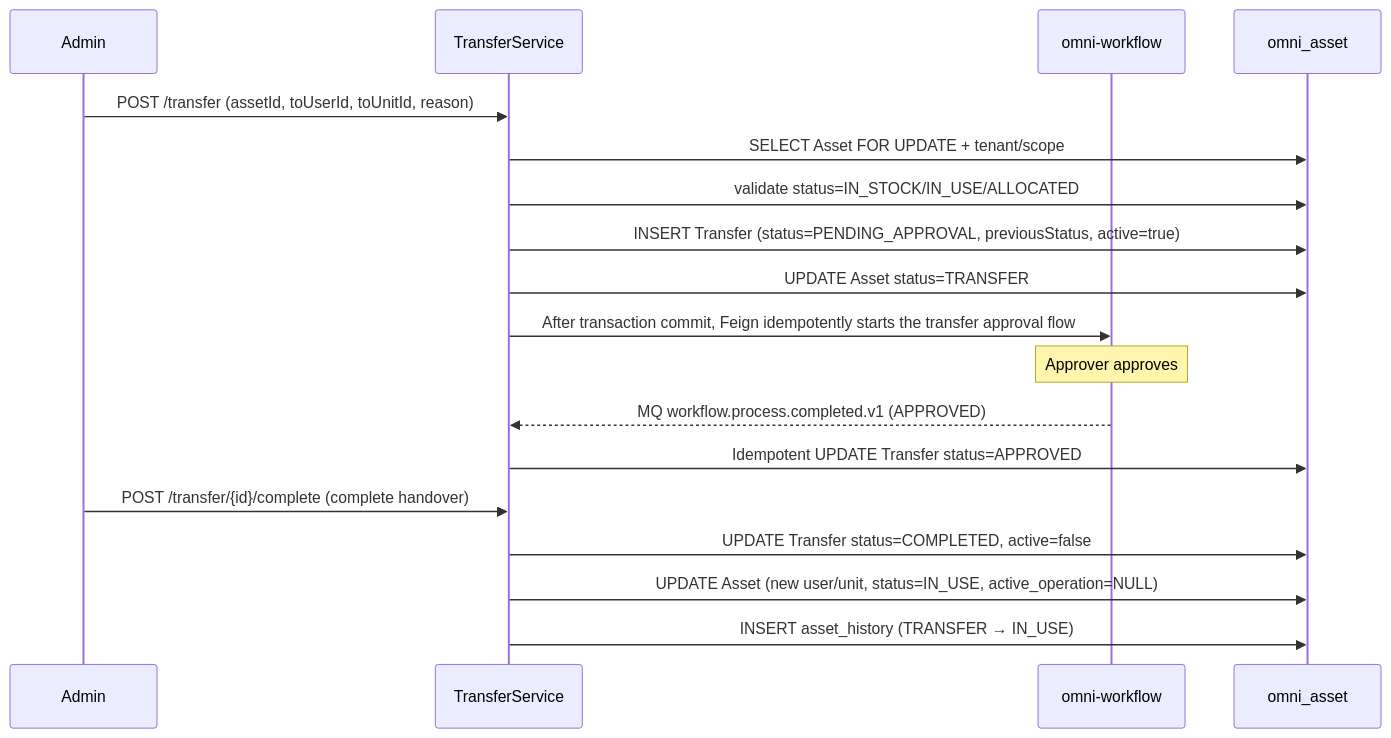
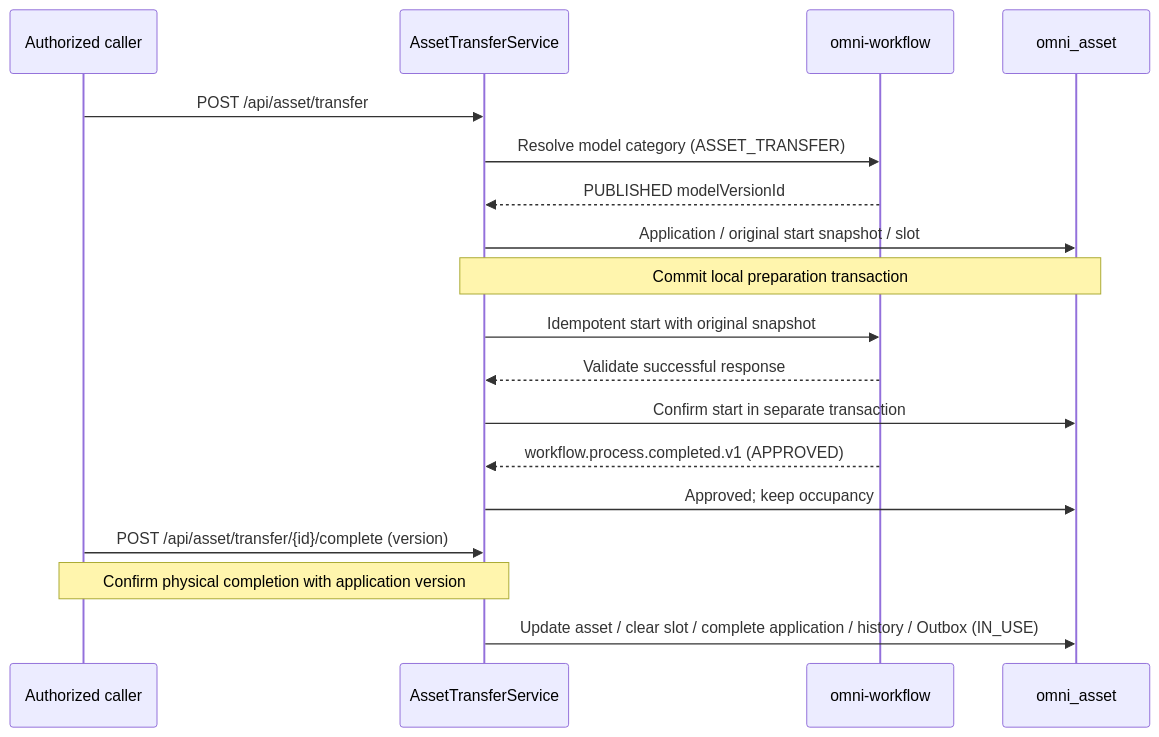
Before and after one commit to wang-baohai/Omni-Stack: the fifth of 6 diagrams in docs/design/asset-design.en.md, drawn with Mermaid. The commit also changed other lines of this file and 1095 other files, not shown here.

````diff
--- a/docs/design/asset-design.en.md
+++ b/docs/design/asset-design.en.md
@@ -262,23 +252,20 @@
 ```mermaid
 sequenceDiagram
-    participant M as Admin
-    participant S as TransferService
+    participant M as Authorized caller
+    participant S as AssetTransferService
     participant WF as omni-workflow
     participant DB as omni_asset
-
-    M->>S: POST /transfer (assetId, toUserId, toUnitId, reason)
-    S->>DB: SELECT Asset FOR UPDATE + tenant/scope
-    S->>DB: validate status=IN_STOCK/IN_USE/ALLOCATED
-    S->>DB: INSERT Transfer (status=PENDING_APPROVAL, previousStatus, active=true)
-    S->>DB: UPDATE Asset status=TRANSFER
-    S->>WF: After transaction commit, Feign idempotently starts the transfer approval flow
-
-    Note over WF: Approver approves
-
-    WF-->>S: MQ workflow.process.completed.v1 (APPROVED)
-    S->>DB: Idempotent UPDATE Transfer status=APPROVED
-    M->>S: POST /transfer/{id}/complete (complete handover)
-    S->>DB: UPDATE Transfer status=COMPLETED, active=false
-    S->>DB: UPDATE Asset (new user/unit, status=IN_USE, active_operation=NULL)
-    S->>DB: INSERT asset_history (TRANSFER → IN_USE)
+    M->>S: POST /api/asset/transfer
+    S->>WF: Resolve model category (ASSET_TRANSFER)
+    WF-->>S: PUBLISHED modelVersionId
+    S->>DB: Application / original start snapshot / slot
+    Note over S,DB: Commit local preparation transaction
+    S->>WF: Idempotent start with original snapshot
+    WF-->>S: Validate successful response
+    S->>DB: Confirm start in separate transaction
+    WF-->>S: workflow.process.completed.v1 (APPROVED)
+    S->>DB: Approved#59; keep occupancy
+    M->>S: POST /api/asset/transfer/{id}/complete (version)
+    Note over M,S: Confirm physical completion with application version
+    S->>DB: Update asset / clear slot / complete application / history / Outbox (IN_USE)
 ```
````
